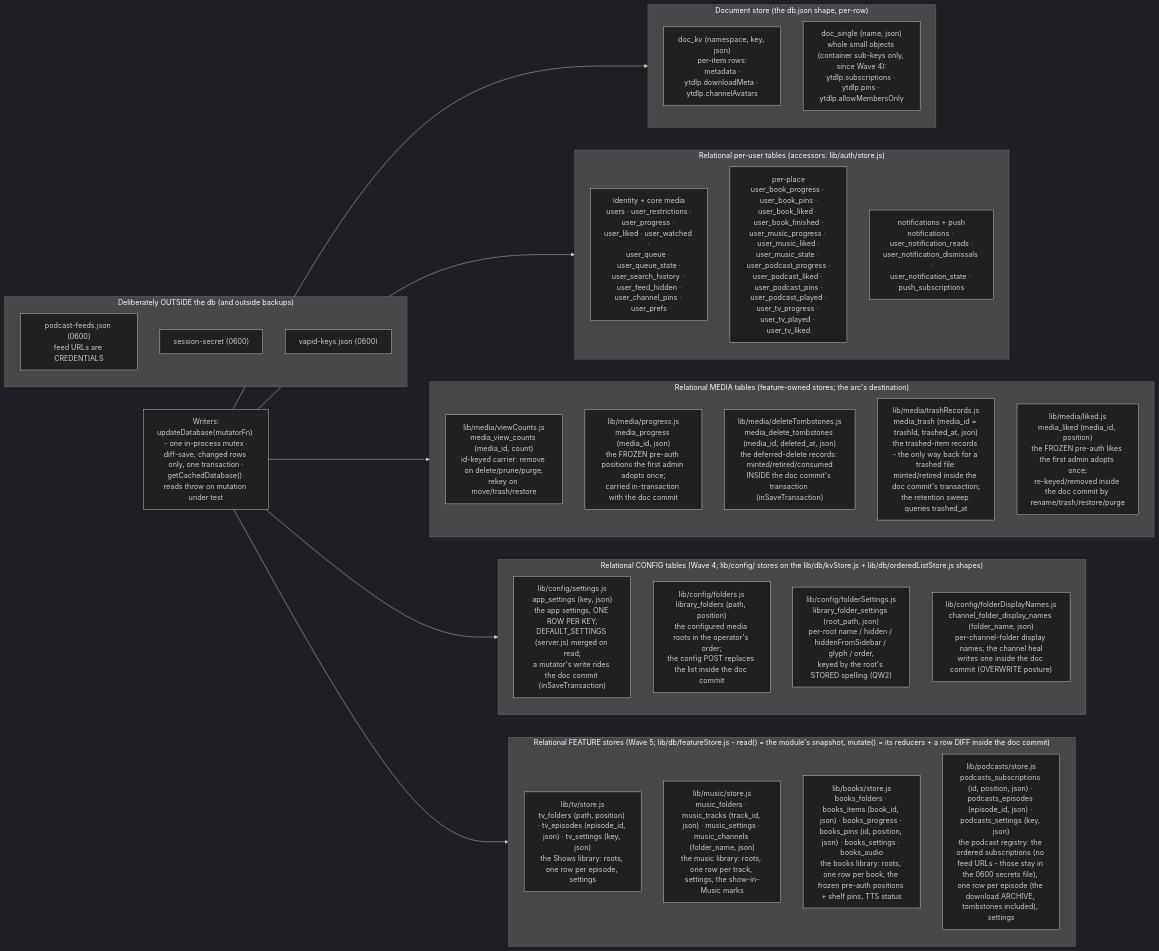
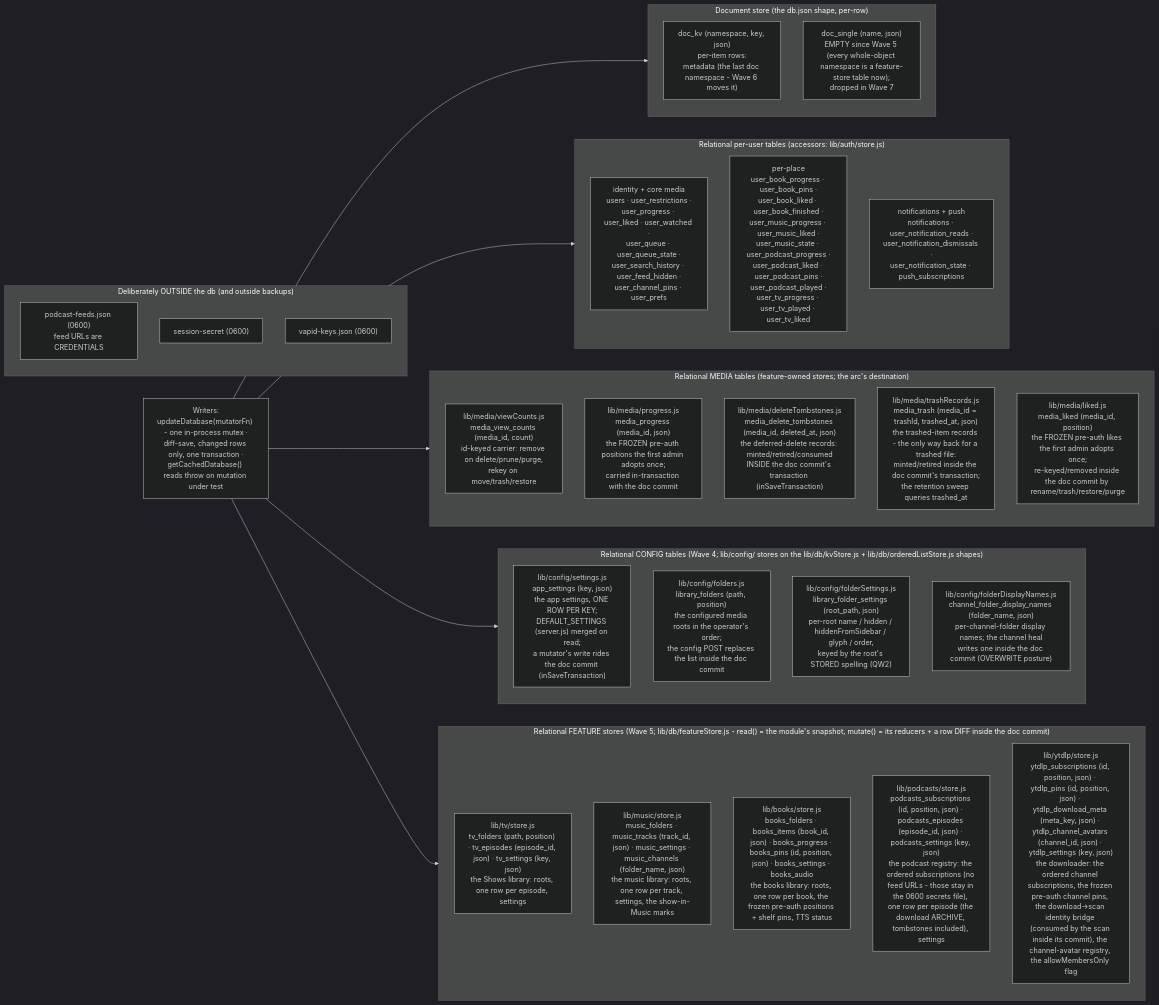
One commit to dtammam/filetube changed the second of 6 diagrams in docs/DIAGRAMS.md. Above: the diagram before and after it, drawn with Mermaid (dark theme). The commit also changed other lines of this file and 73 other files, not shown here.

````diff
--- a/docs/DIAGRAMS.md
+++ b/docs/DIAGRAMS.md
@@ -105,49 +105,50 @@
 ```mermaid
 flowchart LR
     subgraph DOC["Document store (the db.json shape, per-row)"]
-        KV["doc_kv (namespace, key, json)<br/>per-item rows:<br/>metadata ·<br/>ytdlp.downloadMeta · ytdlp.channelAvatars"]
-        SINGLE["doc_single (name, json)<br/>whole small objects (container sub-keys only, since Wave 4):<br/>ytdlp.subscriptions · ytdlp.pins · ytdlp.allowMembersOnly"]
+        KV["doc_kv (namespace, key, json)<br/>per-item rows:<br/>metadata (the last doc namespace - Wave 6 moves it)"]
+        SINGLE["doc_single (name, json)<br/>EMPTY since Wave 5 (every whole-object namespace is a feature-store table now);<br/>dropped in Wave 7"]
     end
 
     subgraph REL["Relational per-user tables (accessors: lib/auth/store.js)"]
         CORE["identity + core media<br/>users · user_restrictions ·<br/>user_progress · user_liked · user_watched ·<br/>user_queue · user_queue_state ·<br/>user_search_history · user_feed_hidden ·<br/>user_channel_pins · user_prefs"]
         PLACEST["per-place<br/>user_book_progress · user_book_pins ·<br/>user_book_liked · user_book_finished ·<br/>user_music_progress · user_music_liked ·<br/>user_music_state · user_podcast_progress ·<br/>user_podcast_liked · user_podcast_pins ·<br/>user_podcast_played ·<br/>user_tv_progress · user_tv_played · user_tv_liked"]
         NOTIF["notifications + push<br/>notifications · user_notification_reads ·<br/>user_notification_dismissals ·<br/>user_notification_state · push_subscriptions"]
     end
 
     subgraph MEDIA["Relational MEDIA tables (feature-owned stores; the arc's destination)"]
         VC["lib/media/viewCounts.js<br/>media_view_counts (media_id, count)<br/>id-keyed carrier: remove on delete/prune/purge,<br/>rekey on move/trash/restore"]
         PR["lib/media/progress.js<br/>media_progress (media_id, json)<br/>the FROZEN pre-auth positions the first admin adopts once;<br/>carried in-transaction with the doc commit"]
         DT["lib/media/deleteTombstones.js<br/>media_delete_tombstones (media_id, deleted_at, json)<br/>the deferred-delete records: minted/retired/consumed<br/>INSIDE the doc commit's transaction (inSaveTransaction)"]
         TR["lib/media/trashRecords.js<br/>media_trash (media_id = trashId, trashed_at, json)<br/>the trashed-item records - the only way back for a trashed file:<br/>minted/retired inside the doc commit's transaction;<br/>the retention sweep queries trashed_at"]
         LK["lib/media/liked.js<br/>media_liked (media_id, position)<br/>the FROZEN pre-auth likes the first admin adopts once;<br/>re-keyed/removed inside the doc commit by rename/trash/restore/purge"]
     end
 
     subgraph CONFIG["Relational CONFIG tables (Wave 4; lib/config/ stores on the lib/db/kvStore.js + lib/db/orderedListStore.js shapes)"]
         ST["lib/config/settings.js<br/>app_settings (key, json)<br/>the app settings, ONE ROW PER KEY;<br/>DEFAULT_SETTINGS (server.js) merged on read;<br/>a mutator's write rides the doc commit (inSaveTransaction)"]
         FO["lib/config/folders.js<br/>library_folders (path, position)<br/>the configured media roots in the operator's order;<br/>the config POST replaces the list inside the doc commit"]
         FS["lib/config/folderSettings.js<br/>library_folder_settings (root_path, json)<br/>per-root name / hidden / hiddenFromSidebar / glyph / order,<br/>keyed by the root's STORED spelling (QW2)"]
         FD["lib/config/folderDisplayNames.js<br/>channel_folder_display_names (folder_name, json)<br/>per-channel-folder display names; the channel heal<br/>writes one inside the doc commit (OVERWRITE posture)"]
     end
 
     subgraph FEATURES["Relational FEATURE stores (Wave 5; lib/db/featureStore.js - read() = the module's snapshot, mutate() = its reducers + a row DIFF inside the doc commit)"]
         TV["lib/tv/store.js<br/>tv_folders (path, position) · tv_episodes (episode_id, json) · tv_settings (key, json)<br/>the Shows library: roots, one row per episode, settings"]
         MU["lib/music/store.js<br/>music_folders · music_tracks (track_id, json) · music_settings · music_channels (folder_name, json)<br/>the music library: roots, one row per track, settings, the show-in-Music marks"]
         BK["lib/books/store.js<br/>books_folders · books_items (book_id, json) · books_progress · books_pins (id, position, json) · books_settings · books_audio<br/>the books library: roots, one row per book, the frozen pre-auth positions + shelf pins, TTS status"]
         PC["lib/podcasts/store.js<br/>podcasts_subscriptions (id, position, json) · podcasts_episodes (episode_id, json) · podcasts_settings (key, json)<br/>the podcast registry: the ordered subscriptions (no feed URLs - those stay in the 0600 secrets file), one row per episode (the download ARCHIVE, tombstones included), settings"]
+        YT["lib/ytdlp/store.js<br/>ytdlp_subscriptions (id, position, json) · ytdlp_pins (id, position, json) · ytdlp_download_meta (meta_key, json) · ytdlp_channel_avatars (channel_id, json) · ytdlp_settings (key, json)<br/>the downloader: the ordered channel subscriptions, the frozen pre-auth channel pins, the download->scan identity bridge (consumed by the scan inside its commit), the channel-avatar registry, the allowMembersOnly flag"]
     end
 
     subgraph OUT["Deliberately OUTSIDE the db (and outside backups)"]
         FEEDS["podcast-feeds.json (0600)<br/>feed URLs are CREDENTIALS"]
         SS["session-secret (0600)"]
         VAPID["vapid-keys.json (0600)"]
     end
 
     WRITERS["Writers:<br/>updateDatabase(mutatorFn) - one in-process mutex ·<br/>diff-save, changed rows only, one transaction ·<br/>getCachedDatabase() reads throw on mutation under test"]
 
     WRITERS --> DOC
     WRITERS --> REL
     WRITERS --> MEDIA
     WRITERS --> CONFIG
     WRITERS --> FEATURES
 ```
````
